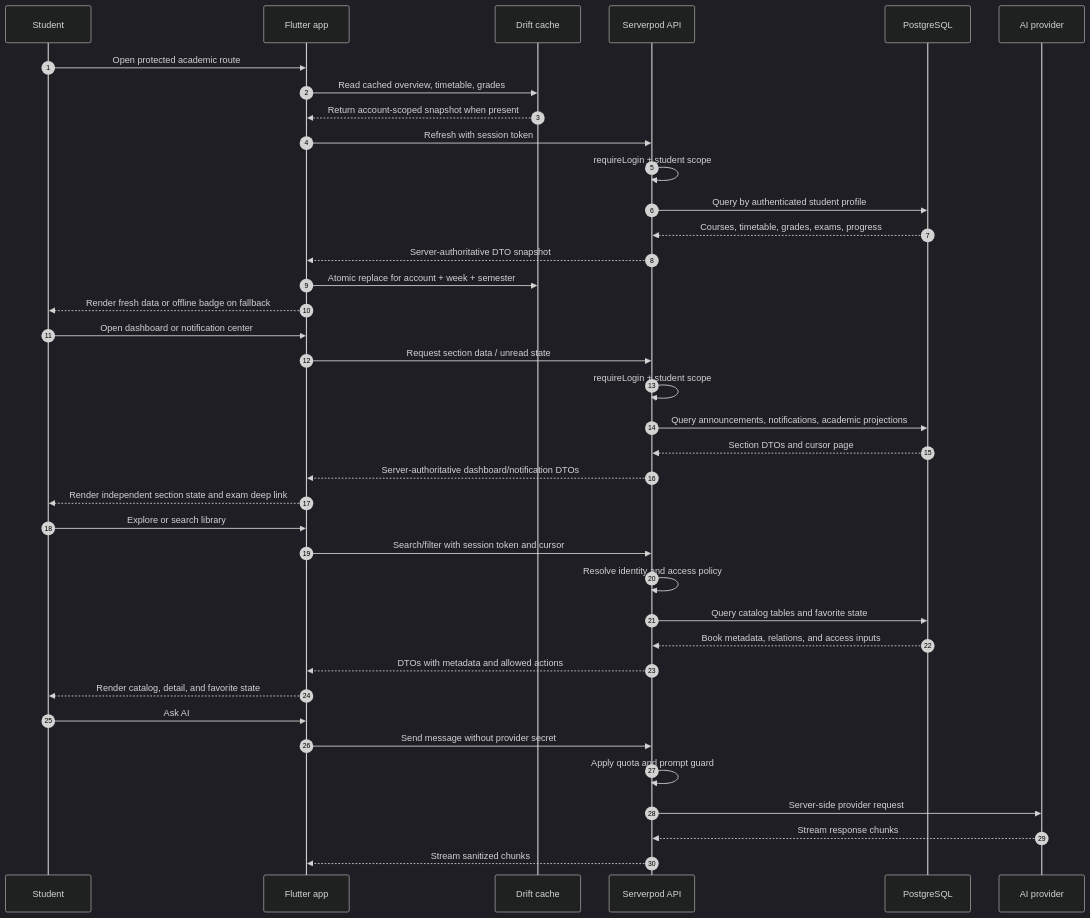
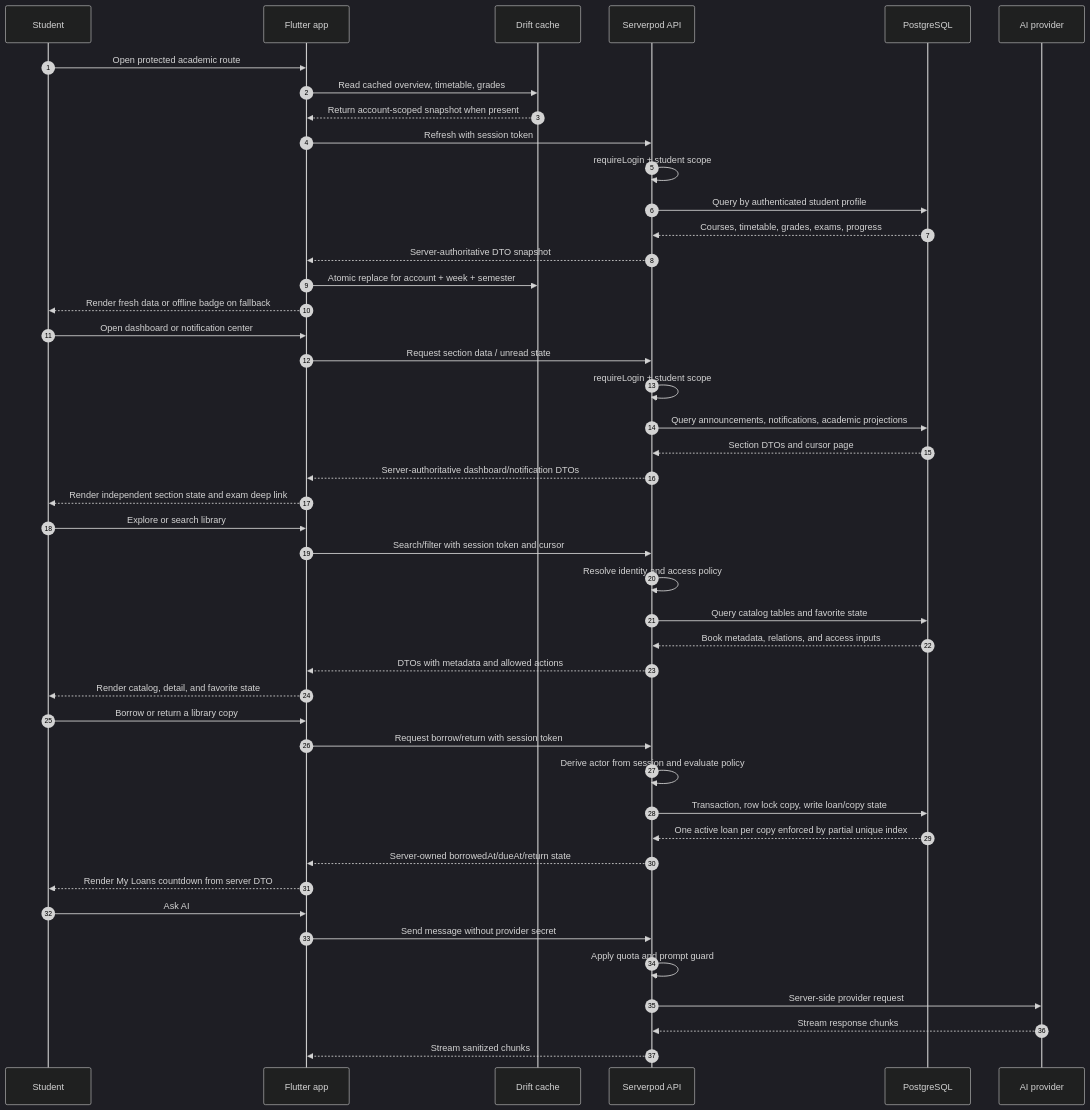
The second of 2 diagrams in docs/architecture.md (JasonTM17/CampusMate), drawn with Mermaid (dark theme) before and after one commit. The commit also changed other lines of this file and 147 other files, not shown here.

````diff
--- a/docs/architecture.md
+++ b/docs/architecture.md
@@ -80,44 +87,52 @@
 ```mermaid
 sequenceDiagram
     autonumber
     participant Student
     participant Mobile as Flutter app
     participant Cache as Drift cache
     participant API as Serverpod API
     participant DB as PostgreSQL
     participant AI as AI provider
 
     Student->>Mobile: Open protected academic route
     Mobile->>Cache: Read cached overview, timetable, grades
     Cache-->>Mobile: Return account-scoped snapshot when present
     Mobile->>API: Refresh with session token
     API->>API: requireLogin + student scope
     API->>DB: Query by authenticated student profile
     DB-->>API: Courses, timetable, grades, exams, progress
     API-->>Mobile: Server-authoritative DTO snapshot
     Mobile->>Cache: Atomic replace for account + week + semester
     Mobile-->>Student: Render fresh data or offline badge on fallback
 
     Student->>Mobile: Open dashboard or notification center
     Mobile->>API: Request section data / unread state
     API->>API: requireLogin + student scope
     API->>DB: Query announcements, notifications, academic projections
     DB-->>API: Section DTOs and cursor page
     API-->>Mobile: Server-authoritative dashboard/notification DTOs
     Mobile-->>Student: Render independent section state and exam deep link
 
     Student->>Mobile: Explore or search library
     Mobile->>API: Search/filter with session token and cursor
     API->>API: Resolve identity and access policy
     API->>DB: Query catalog tables and favorite state
     DB-->>API: Book metadata, relations, and access inputs
     API-->>Mobile: DTOs with metadata and allowed actions
     Mobile-->>Student: Render catalog, detail, and favorite state
 
+    Student->>Mobile: Borrow or return a library copy
+    Mobile->>API: Request borrow/return with session token
+    API->>API: Derive actor from session and evaluate policy
+    API->>DB: Transaction, row lock copy, write loan/copy state
+    DB-->>API: One active loan per copy enforced by partial unique index
+    API-->>Mobile: Server-owned borrowedAt/dueAt/return state
+    Mobile-->>Student: Render My Loans countdown from server DTO
+
     Student->>Mobile: Ask AI
     Mobile->>API: Send message without provider secret
     API->>API: Apply quota and prompt guard
     API->>AI: Server-side provider request
     AI-->>API: Stream response chunks
     API-->>Mobile: Stream sanitized chunks
 ```
````
